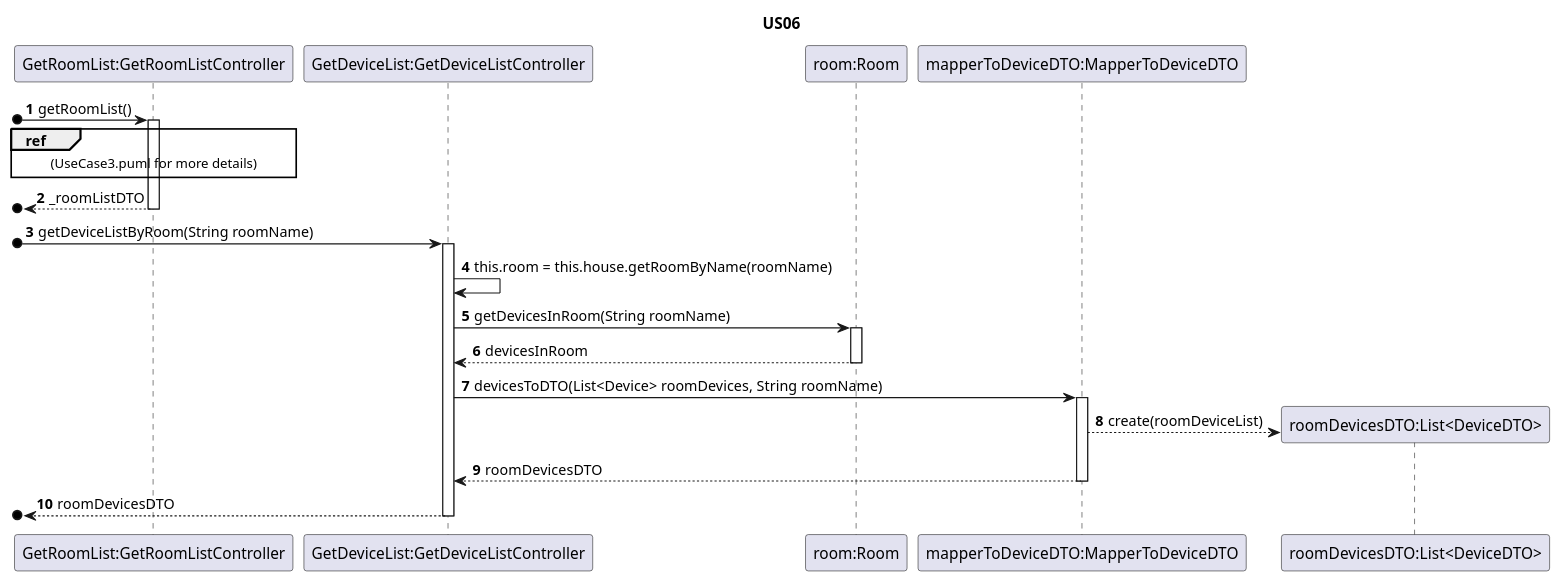
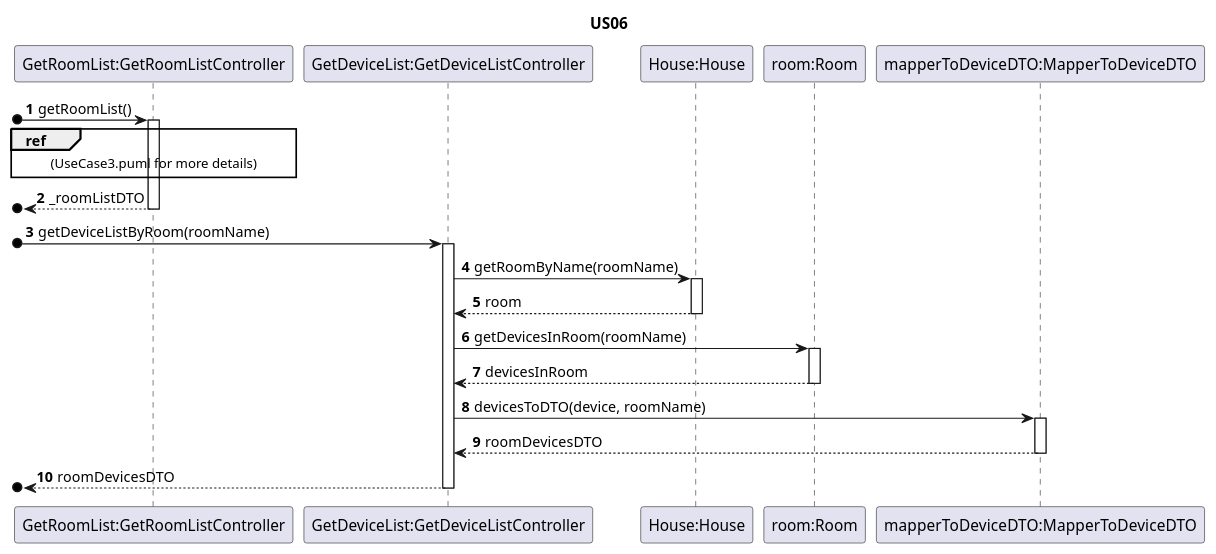
One commit to ozepedrorodrigues/projetoIntermedio changed the diagram in projetoIntermedio/docs/sequence/UserStory6.puml. Above: the diagram before and after it, drawn with PlantUML.

```diff
--- a/projetoIntermedio/docs/sequence/UserStory6.puml
+++ b/projetoIntermedio/docs/sequence/UserStory6.puml
@@ -1,39 +1,40 @@
 @startuml
 'https://plantuml.com/sequence-diagram
 
 autonumber
 
 title US06
 /'
 As a Room Owner [or Power User, or Administrator], I want to get a list of all
 devices in a room, so that I can configure them.
 '/
 
 Participant "GetRoomList:GetRoomListController" as G
 Participant "GetDeviceList:GetDeviceListController" as G1
+Participant "House:House" as H
 Participant "room:Room" as R
 Participant "mapperToDeviceDTO:MapperToDeviceDTO" as M
-Participant "roomDevicesDTO:List<DeviceDTO>" as L
 
 [o->G : getRoomList()
 activate G
 ref over G : (UseCase3.puml for more details)
 [o<--G : _roomListDTO
 deactivate G
-
-[o->G1 : getDeviceListByRoom(String roomName)
+[o->G1 : getDeviceListByRoom(roomName)
 activate G1
-G1->G1 : this.room = this.house.getRoomByName(roomName)
-G1->R : getDevicesInRoom(String roomName)
+G1->H : getRoomByName(roomName)
+activate H
+H-->G1: room
+deactivate H
+G1->R : getDevicesInRoom(roomName)
 activate R
 R-->G1: devicesInRoom
 deactivate R
-G1->M : devicesToDTO(List<Device> roomDevices, String roomName)
+G1->M : devicesToDTO(device, roomName)
 activate M
-M-->L** : create(roomDeviceList)
 M-->G1 : roomDevicesDTO
 deactivate M
 [o<--G1 : roomDevicesDTO
 deactivate G1
 
 @enduml
```
